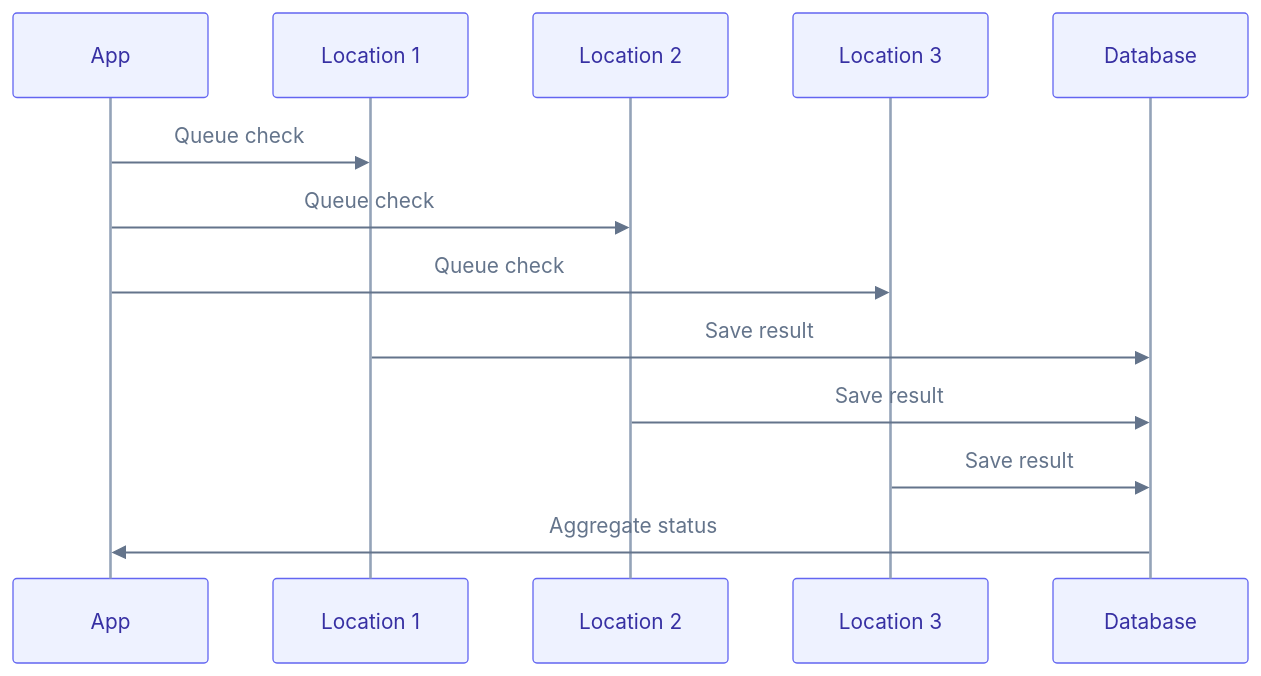
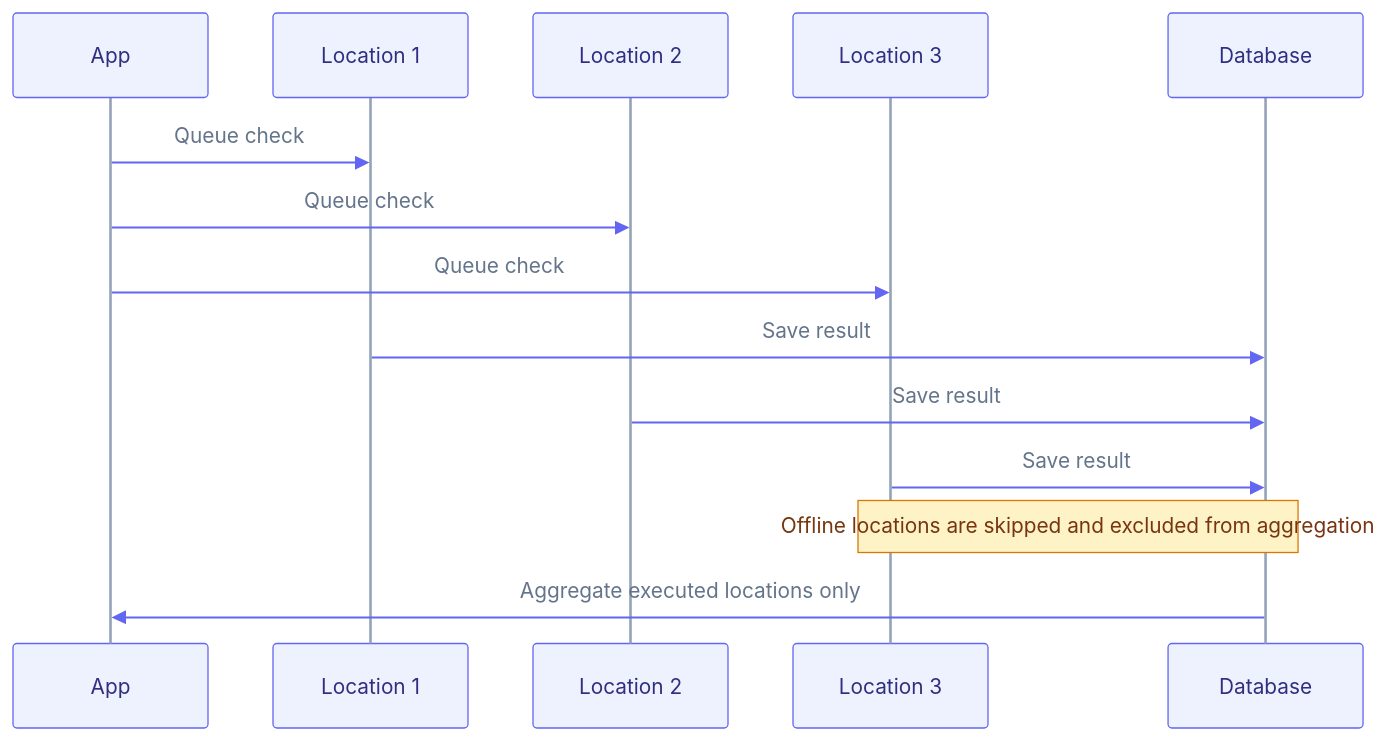
One commit to supercheck-io/supercheck changed the diagram in docs/content/docs/app/monitor.mdx. Above: the diagram before and after it, drawn with Mermaid. The commit also changed 17 other files, not shown here.

First line of the commit message:
docs: restore original colors, add AI SRE to architecture, reorganize + multi-color diagrams (#310)

````diff
--- a/docs/content/docs/app/monitor.mdx
+++ b/docs/content/docs/app/monitor.mdx
@@ -172,17 +172,18 @@
 ```mermaid
-%%{init: {"theme":"base","themeVariables":{"fontFamily":"ui-sans-serif, system-ui, -apple-system, Segoe UI, Roboto, sans-serif","primaryColor":"#eef2ff","primaryTextColor":"#3730a3","primaryBorderColor":"#6366f1","lineColor":"#94a3b8","secondaryColor":"#fffbeb","secondaryTextColor":"#92400e","secondaryBorderColor":"#f59e0b","tertiaryColor":"#ecfdf5","tertiaryTextColor":"#065f46","tertiaryBorderColor":"#10b981","clusterBkg":"#f8fafc","clusterBorder":"#cbd5e1","edgeLabelBackground":"#ffffff","actorBkg":"#eef2ff","actorBorder":"#6366f1","actorTextColor":"#3730a3","actorLineColor":"#94a3b8","signalColor":"#64748b","signalTextColor":"#64748b","labelBoxBkgColor":"#fffbeb","labelBoxBorderColor":"#f59e0b","labelTextColor":"#92400e","loopTextColor":"#64748b","activationBkgColor":"#ddd6fe","activationBorderColor":"#7c3aed","noteBkgColor":"#fef9c3","noteBorderColor":"#eab308","noteTextColor":"#713f12","textColor":"#475569","mainBkg":"#ffffff"}}}%%
+%%{init: {"theme":"base","themeVariables":{"fontFamily":"ui-sans-serif, system-ui, -apple-system, Segoe UI, Roboto, sans-serif","actorBkg":"#eef2ff","actorBorder":"#6366f1","actorTextColor":"#312e81","actorLineColor":"#94a3b8","signalColor":"#6366f1","signalTextColor":"#64748b","labelBoxBkgColor":"#fef3c7","labelBoxBorderColor":"#d97706","labelTextColor":"#78350f","loopTextColor":"#64748b","activationBkgColor":"#ddd6fe","activationBorderColor":"#7c3aed","noteBkgColor":"#fef3c7","noteBorderColor":"#d97706","noteTextColor":"#78350f","textColor":"#64748b","lineColor":"#94a3b8","mainBkg":"transparent"}}}%%
 sequenceDiagram
     participant App
     participant L1 as Location 1
     participant L2 as Location 2
     participant L3 as Location 3
     participant DB as Database
 
     App->>L1: Queue check
     App->>L2: Queue check
     App->>L3: Queue check
     L1->>DB: Save result
     L2->>DB: Save result
     L3->>DB: Save result
-    DB->>App: Aggregate status
+    Note over L3,DB: Offline locations are skipped and excluded from aggregation
+    DB->>App: Aggregate executed locations only
 ```
````
